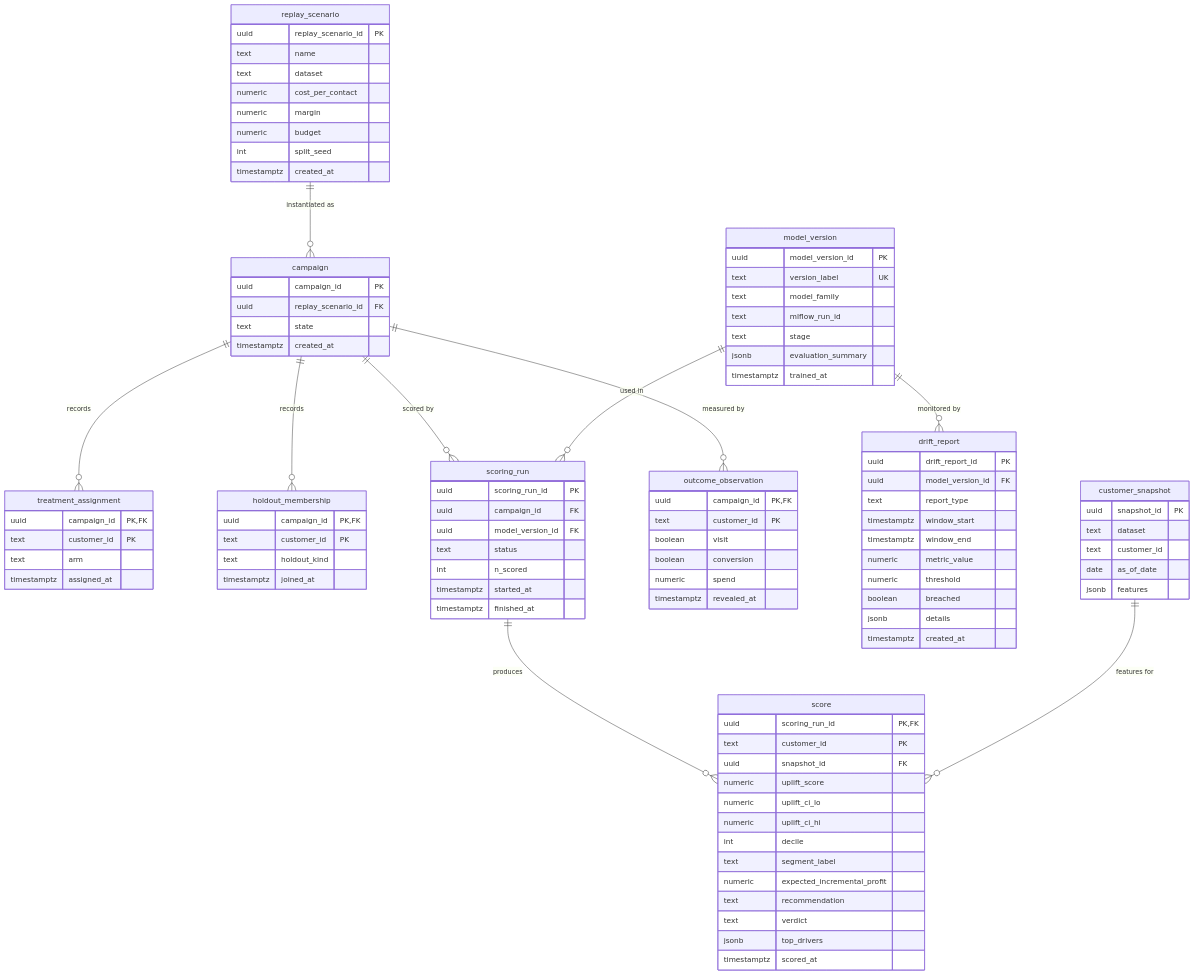
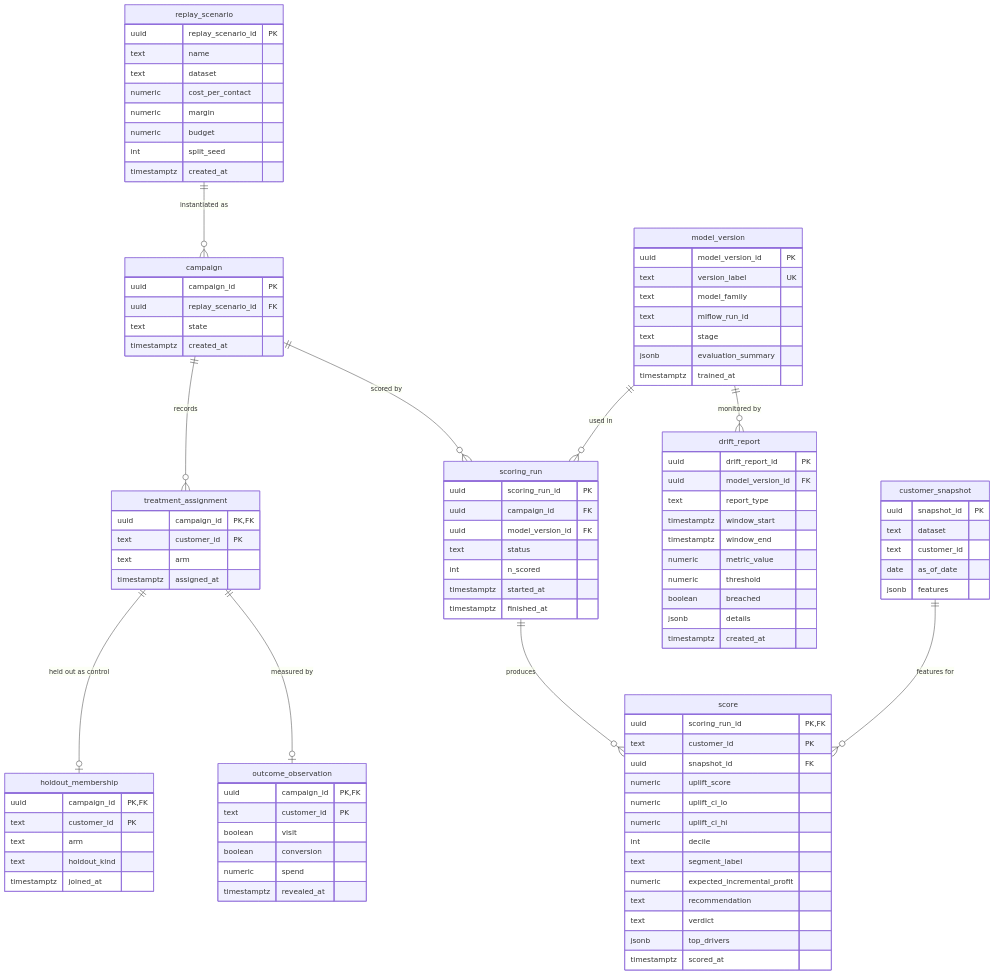
The diagram in docs/design/data-model.md (mahmoud-nadeem/netlift), drawn with Mermaid before and after one commit. The commit also changed other lines of this file, not shown here.

Commit message:
docs: T48 enforce snapshot/customer FK, verdict CHECK and holdout consistency per review

```diff
--- a/docs/design/data-model.md
+++ b/docs/design/data-model.md
@@ -27,9 +27,9 @@
 erDiagram
     replay_scenario ||--o{ campaign : "instantiated as"
     campaign ||--o{ treatment_assignment : "records"
-    campaign ||--o{ holdout_membership : "records"
+    treatment_assignment ||--o| holdout_membership : "held out as control"
     campaign ||--o{ scoring_run : "scored by"
-    campaign ||--o{ outcome_observation : "measured by"
+    treatment_assignment ||--o| outcome_observation : "measured by"
     model_version ||--o{ scoring_run : "used in"
     model_version ||--o{ drift_report : "monitored by"
     scoring_run ||--o{ score : "produces"
@@ -67,6 +67,7 @@
     holdout_membership {
         uuid campaign_id PK, FK
         text customer_id PK
+        text arm
         text holdout_kind
         timestamptz joined_at
     }
```
